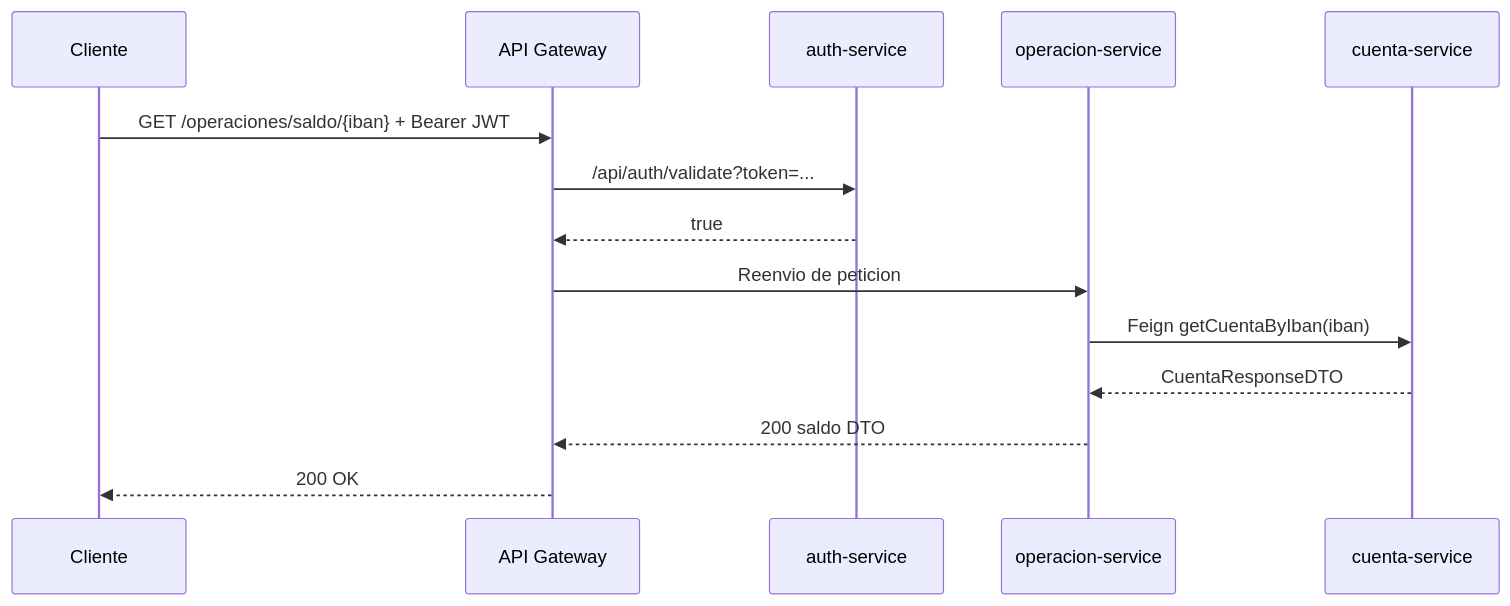
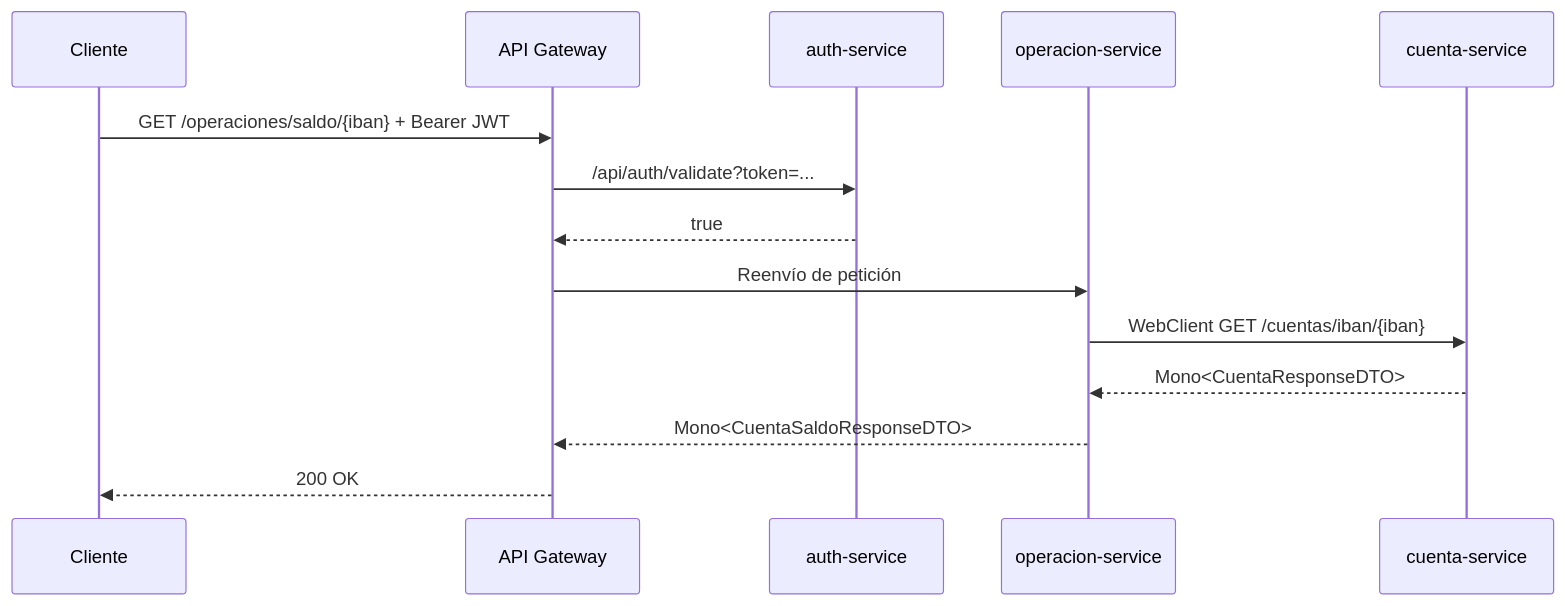
The second of 5 diagrams in README.md (jlangon187/NovaBank), drawn with Mermaid before and after one commit. The commit also changed other lines of this file, not shown here.

````diff
--- a/README.md
+++ b/README.md
@@ -75,17 +96,17 @@
 ```mermaid
 sequenceDiagram
     participant C as Cliente
     participant G as API Gateway
     participant A as auth-service
     participant O as operacion-service
     participant Q as cuenta-service
 
     C->>G: GET /operaciones/saldo/{iban} + Bearer JWT
     G->>A: /api/auth/validate?token=...
     A-->>G: true
-    G->>O: Reenvio de peticion
-    O->>Q: Feign getCuentaByIban(iban)
-    Q-->>O: CuentaResponseDTO
-    O-->>G: 200 saldo DTO
+    G->>O: Reenvío de petición
+    O->>Q: WebClient GET /cuentas/iban/{iban}
+    Q-->>O: Mono<CuentaResponseDTO>
+    O-->>G: Mono<CuentaSaldoResponseDTO>
     G-->>C: 200 OK
 ```
````
